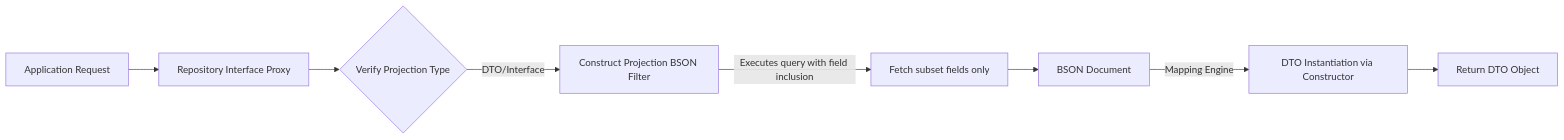
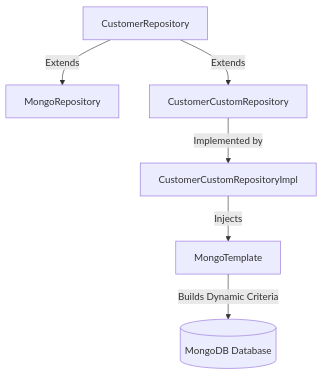
Before and after one commit to BaoTo12/learning-repo: the diagram in courses/spring-mongodb-mastery/modules/02-repository-deep-dive.md, drawn with Mermaid. The commit also changed other lines of this file and 598 other files, not shown here.

````diff
--- a/courses/spring-mongodb-mastery/modules/02-repository-deep-dive.md
+++ b/courses/spring-mongodb-mastery/modules/02-repository-deep-dive.md
@@ -283,10 +23,8 @@
 ```mermaid
-graph LR
-    A[Application Request] --> B[Repository Interface Proxy]
-    B --> C{Verify Projection Type}
-    C -->|DTO/Interface| D[Construct Projection BSON Filter]
-    D -->|Executes query with field inclusion| E[Fetch subset fields only]
-    E --> F[BSON Document]
-    F -->|Mapping Engine| G[DTO Instantiation via Constructor]
-    G --> H[Return DTO Object]
+graph TD
+    A[CustomerRepository] -->|Extends| B[MongoRepository]
+    A -->|Extends| C[CustomerCustomRepository]
+    C -->|Implemented by| D[CustomerCustomRepositoryImpl]
+    D -->|Injects| E[MongoTemplate]
+    E -->|Builds Dynamic Criteria| F[(MongoDB Database)]
 ```
````
